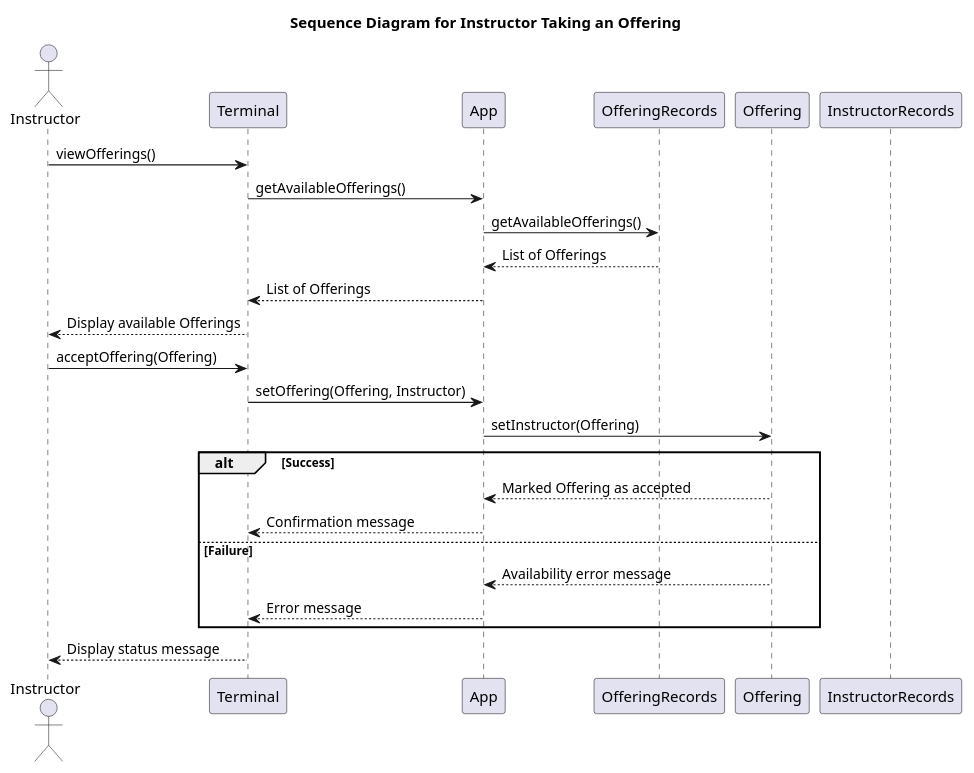
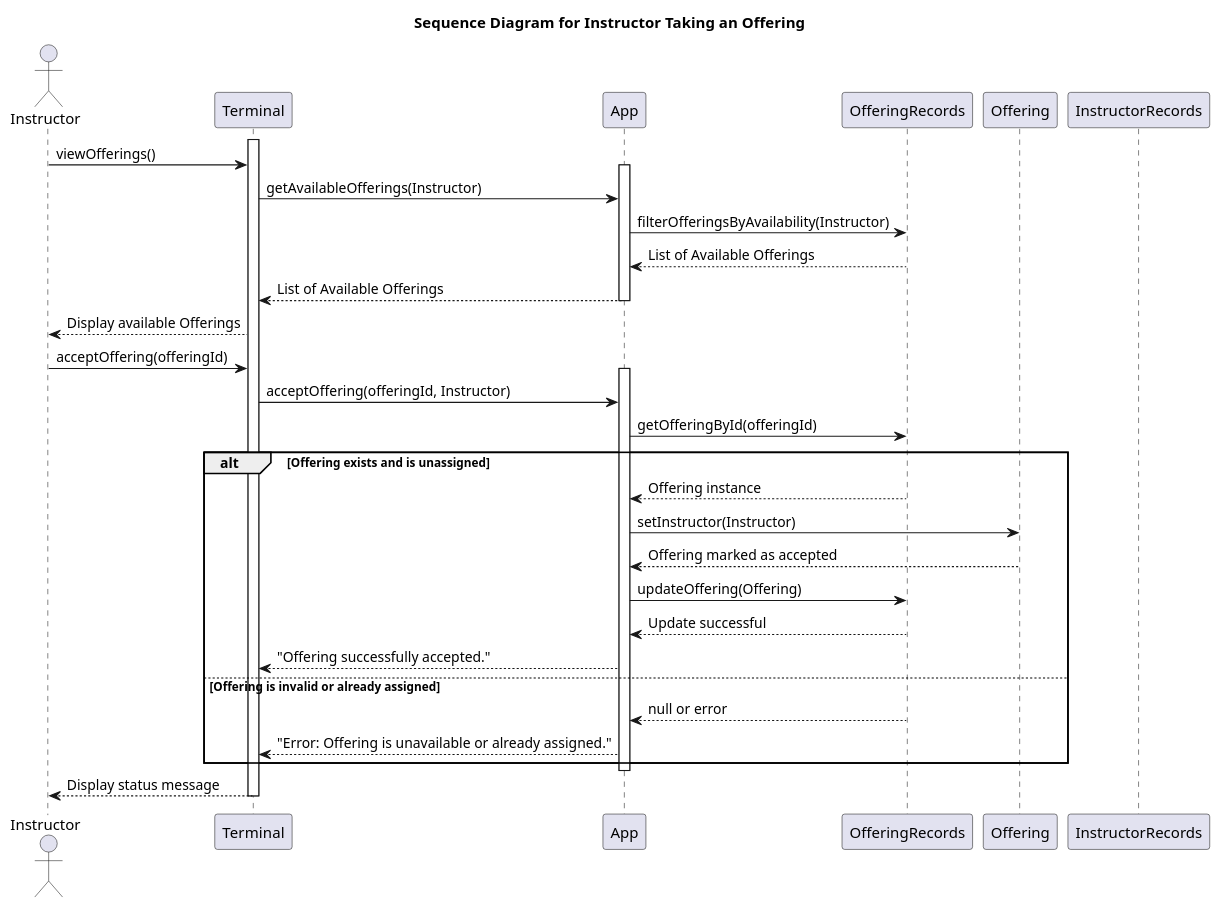
One commit to NathanGrenier/SOEN-342-Project changed the diagram in diagrams/src/critical-use-cases/take-offering/interaction-take-offering.pu. Above: the diagram before and after it, drawn with PlantUML. The commit also changed 6 other files, not shown here.

Commit message:
2:refined diagrams and contracts

```diff
--- a/diagrams/src/critical-use-cases/take-offering/interaction-take-offering.pu
+++ b/diagrams/src/critical-use-cases/take-offering/interaction-take-offering.pu
@@ -1,31 +1,44 @@
-@startuml Sequence Diagram for Instructor Taking an Offering
+@startuml
 title Sequence Diagram for Instructor Taking an Offering
 
 actor Instructor
 participant Terminal
 participant App
 participant OfferingRecords
 participant Offering
 participant InstructorRecords
 
+activate Terminal
+
 Instructor -> Terminal: viewOfferings()
-Terminal -> App: getAvailableOfferings()
-App -> OfferingRecords: getAvailableOfferings()
-OfferingRecords --> App: List of Offerings
-App --> Terminal: List of Offerings
+activate App
+Terminal -> App: getAvailableOfferings(Instructor)
+
+App -> OfferingRecords: filterOfferingsByAvailability(Instructor)
+OfferingRecords --> App: List of Available Offerings
+App --> Terminal: List of Available Offerings
+deactivate App
 Terminal --> Instructor: Display available Offerings
 
-Instructor -> Terminal: acceptOffering(Offering)
-Terminal -> App: setOffering(Offering, Instructor)
-App -> Offering: setInstructor(Offering)
+Instructor -> Terminal: acceptOffering(offeringId)
+activate App
+Terminal -> App: acceptOffering(offeringId, Instructor)
 
-alt Success
-    Offering --> App: Marked Offering as accepted
-    App --> Terminal: Confirmation message
-else Failure
-    Offering --> App: Availability error message
-    App --> Terminal: Error message
+App -> OfferingRecords: getOfferingById(offeringId)
+alt Offering exists and is unassigned
+    OfferingRecords --> App: Offering instance
+    App -> Offering: setInstructor(Instructor)
+    Offering --> App: Offering marked as accepted
+    App -> OfferingRecords: updateOffering(Offering)
+    OfferingRecords --> App: Update successful
+    App --> Terminal: "Offering successfully accepted."
+else Offering is invalid or already assigned
+    OfferingRecords --> App: null or error
+    App --> Terminal: "Error: Offering is unavailable or already assigned."
 end
+
+deactivate App
 Terminal --> Instructor: Display status message
 
+deactivate Terminal
 @enduml
```
